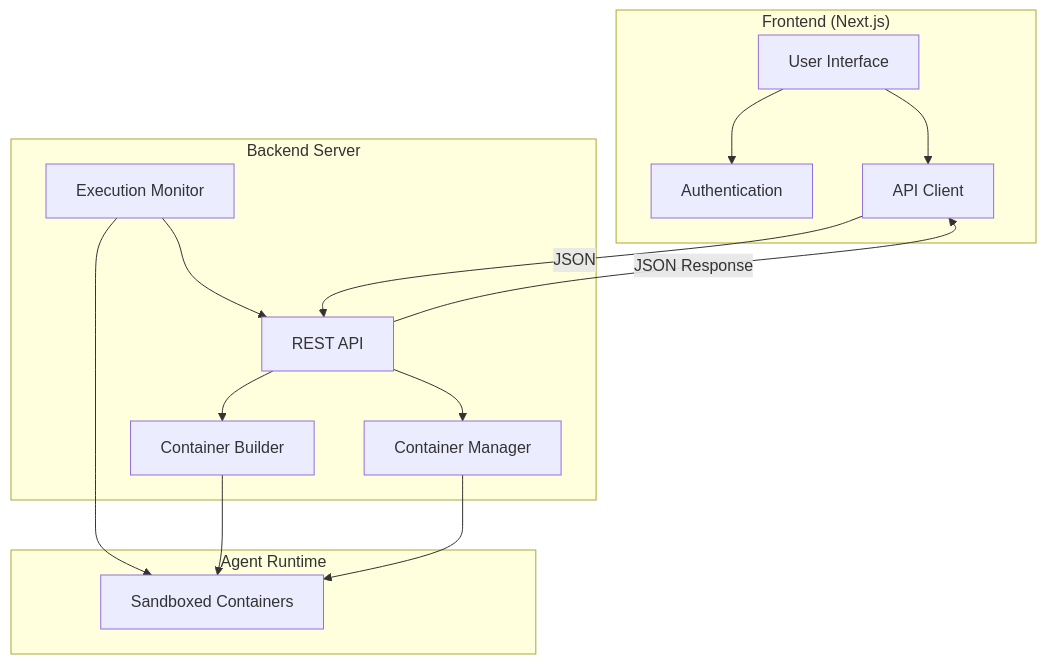
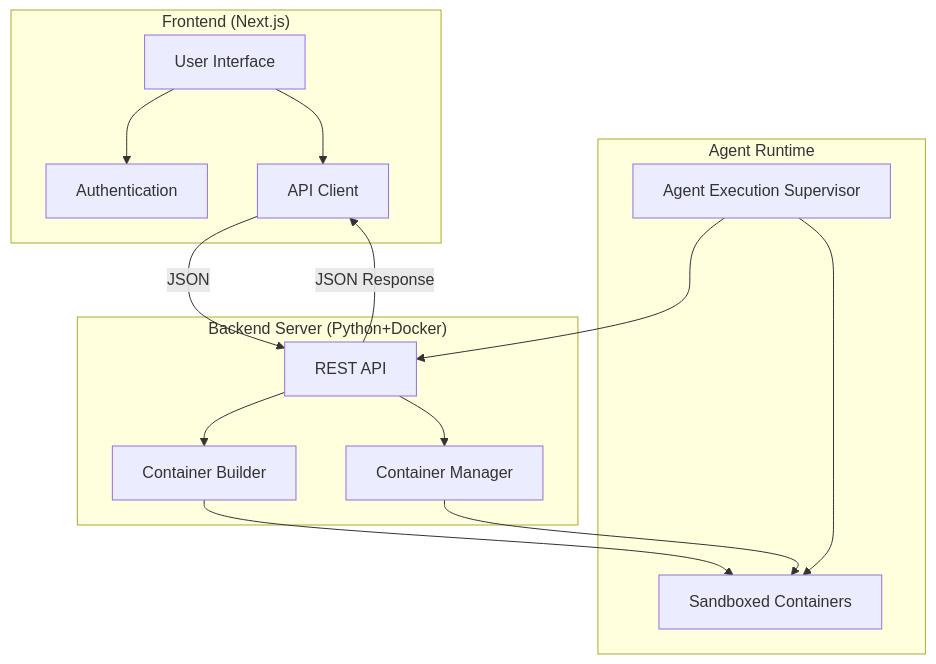
One commit to franckc/launchpad changed the diagram in README.md. Above: the diagram before and after it, drawn with Mermaid.

Commit message:
Tweak README

````diff
--- a/README.md
+++ b/README.md
@@ -48,30 +48,30 @@
 ```mermaid
 graph TB
     subgraph "Frontend (Next.js)"
         UI[User Interface]
         Auth[Authentication]
         API_Client[API Client]
     end
     
-    subgraph "Backend Server"
+    subgraph "Backend Server (Python+Docker)"
         API[REST API]
         Builder[Container Builder]
         Manager[Container Manager]
-        Monitor[Execution Monitor]
     end
     
     subgraph "Agent Runtime"
         Container[Sandboxed Containers]
+        Supervisor[Agent Execution Supervisor]
     end
     
     UI --> Auth
     UI --> API_Client
     API_Client -- JSON --> API
     API -- JSON Response --> API_Client
     API --> Builder
     Builder --> Container
     API --> Manager
     Manager --> Container
-    Monitor --> Container
-    Monitor --> API
+    Supervisor --> Container
+    Supervisor --> API
 ```
````
